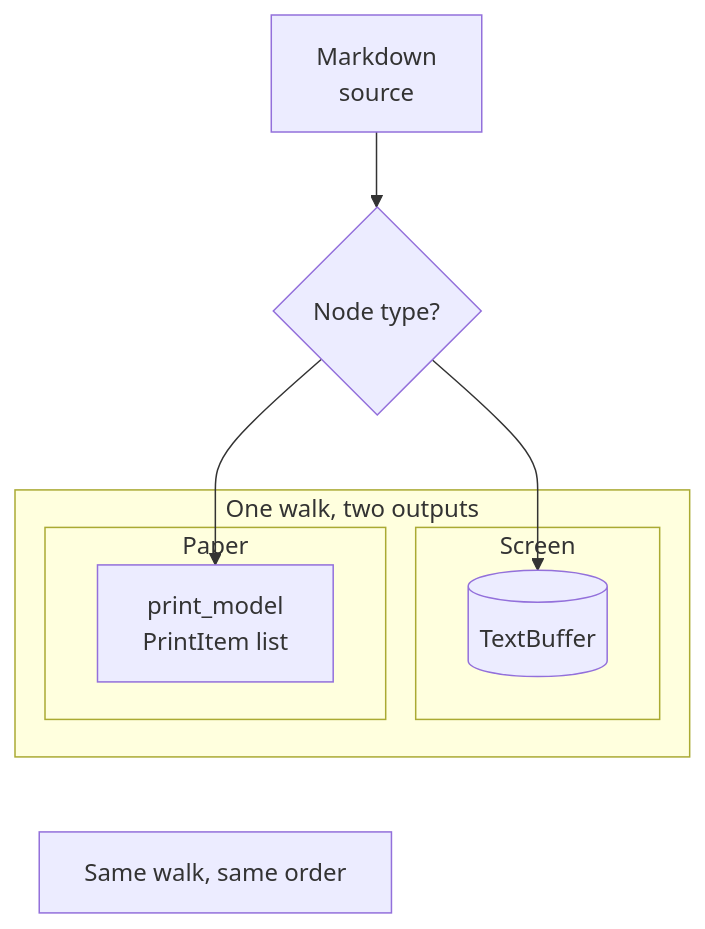
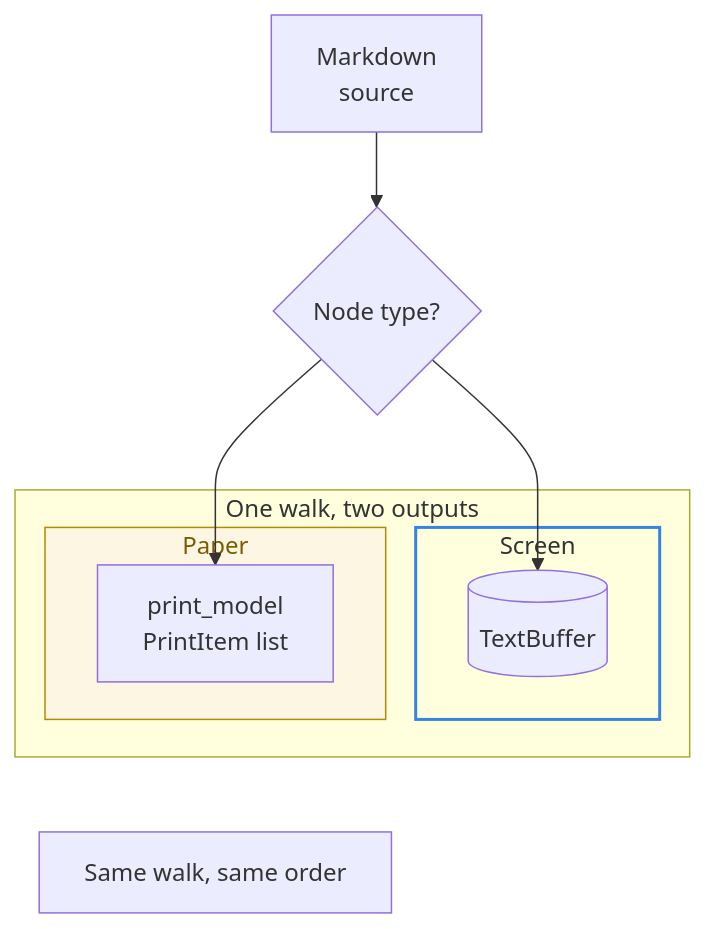
Before and after one commit to osandum/lectern: the third of 8 diagrams in tests/fixtures/kitchen_sink.md, drawn with Mermaid. The commit also changed other lines of this file and 3 other files, not shown here.

Commit message:
Draw flowchart subgraph styles

````diff
--- a/tests/fixtures/kitchen_sink.md
+++ b/tests/fixtures/kitchen_sink.md
@@ -215,15 +216,18 @@
 ```mermaid
 flowchart TD
     Source["Markdown\nsource"] --> Walk{Node type?}
     subgraph Pass["One walk, two outputs"]
         subgraph Screen["Screen"]
             Buffer[(TextBuffer)]
         end
         subgraph Paper["Paper"]
             Model["print_model\nPrintItem list"]
         end
     end
     Walk --> Buffer
     Walk --> Model
     Model ~~~ Note["Same walk, same order"]
+    style Screen stroke:#3584e4,stroke-width:2px,stroke-dasharray:none
+    classDef paper fill:#fdf6e3,stroke:#b58900,color:#7a5c00
+    class Paper paper
 ```
````
